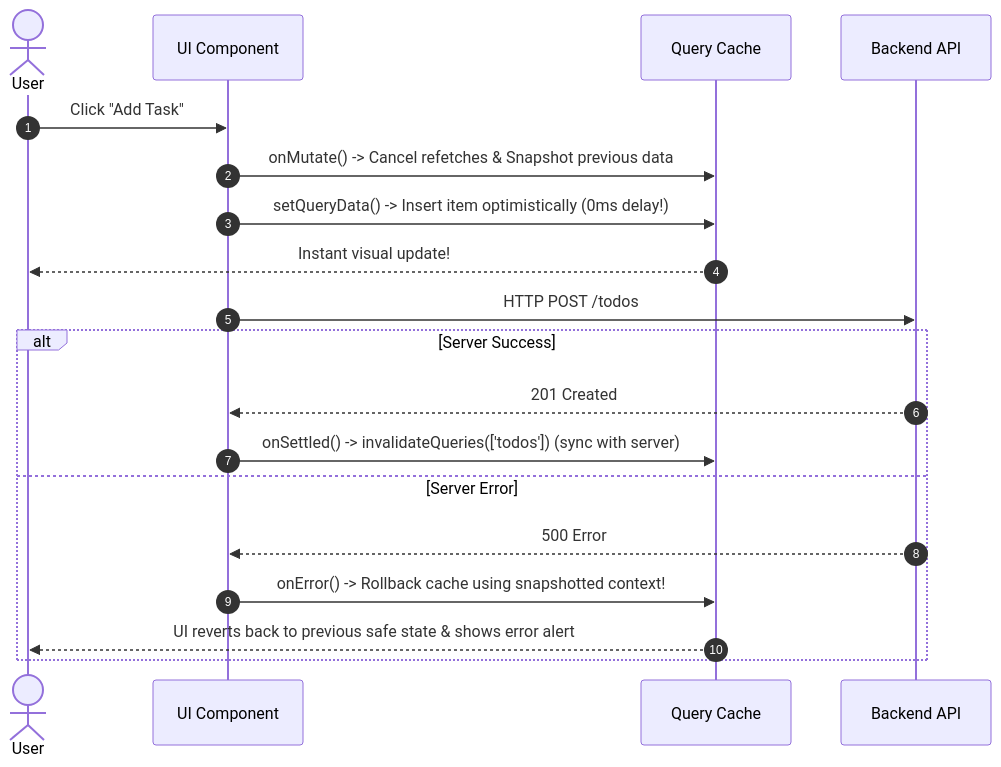
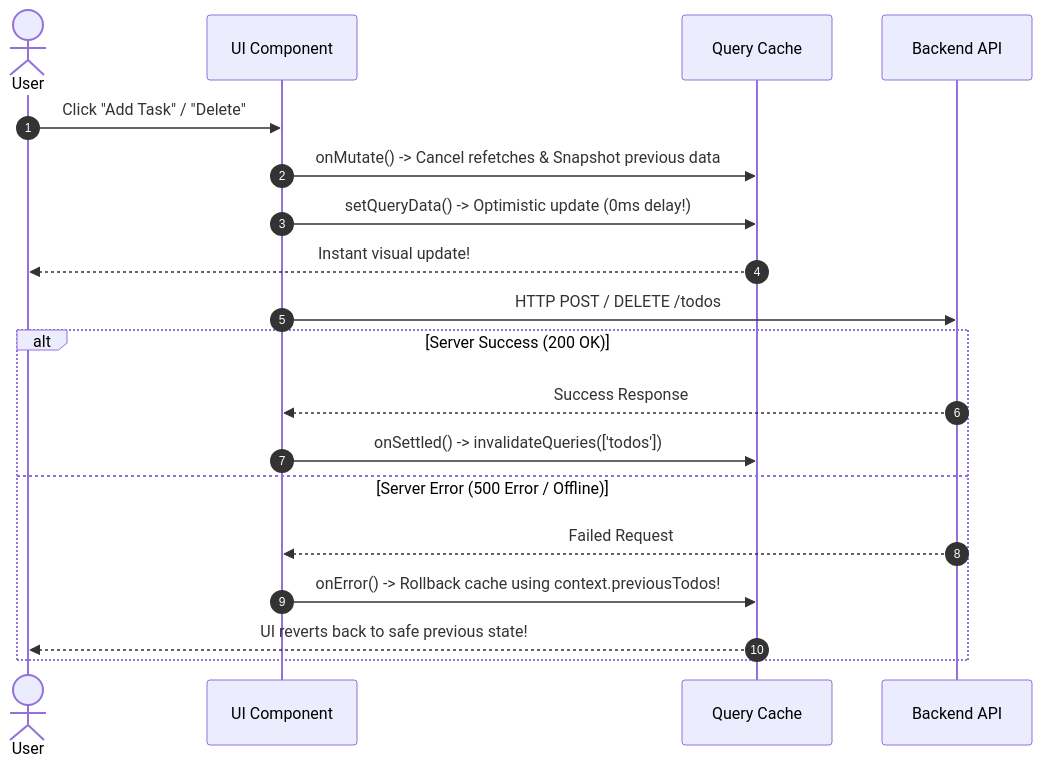
Before and after one commit to KamalAboueidd/State: the sixth of 6 diagrams in README.md, drawn with Mermaid. The commit also changed other lines of this file and 1 other file, not shown here.

````diff
--- a/README.md
+++ b/README.md
@@ -967,22 +991,22 @@
 ```mermaid
 sequenceDiagram
     autonumber
     actor User
     participant Component as UI Component
     participant Cache as Query Cache
     participant Server as Backend API
 
-    User->>Component: Click "Add Task"
+    User->>Component: Click "Add Task" / "Delete"
     Component->>Cache: onMutate() -> Cancel refetches & Snapshot previous data
-    Component->>Cache: setQueryData() -> Insert item optimistically (0ms delay!)
-    Cache-->>User: Instant visual update! 
-    Component->>Server: HTTP POST /todos
-    alt Server Success
-        Server-->>Component: 201 Created
-        Component->>Cache: onSettled() -> invalidateQueries(['todos']) (sync with server)
-    else Server Error
-        Server-->>Component: 500 Error
-        Component->>Cache: onError() -> Rollback cache using snapshotted context!
-        Cache-->>User: UI reverts back to previous safe state & shows error alert
+    Component->>Cache: setQueryData() -> Optimistic update (0ms delay!)
+    Cache-->>User: Instant visual update!
+    Component->>Server: HTTP POST / DELETE /todos
+    alt Server Success (200 OK)
+        Server-->>Component: Success Response
+        Component->>Cache: onSettled() -> invalidateQueries(['todos'])
+    else Server Error (500 Error / Offline)
+        Server-->>Component: Failed Request
+        Component->>Cache: onError() -> Rollback cache using context.previousTodos!
+        Cache-->>User: UI reverts back to safe previous state!
     end
 ```
````
